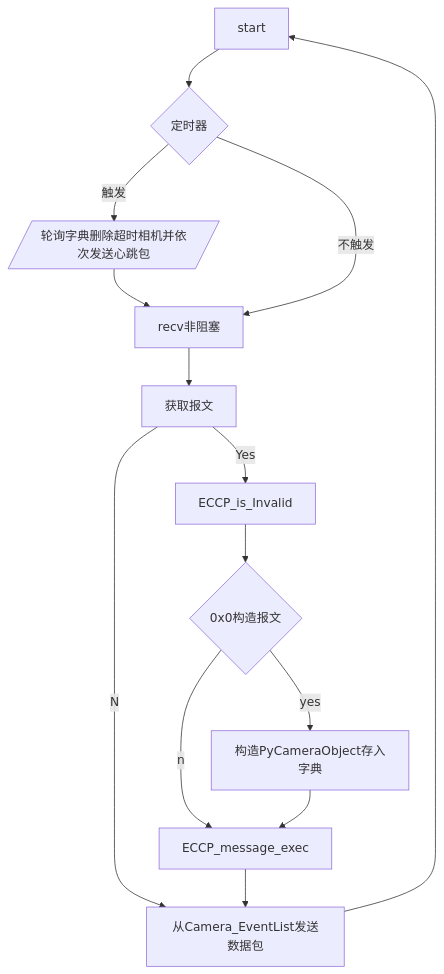
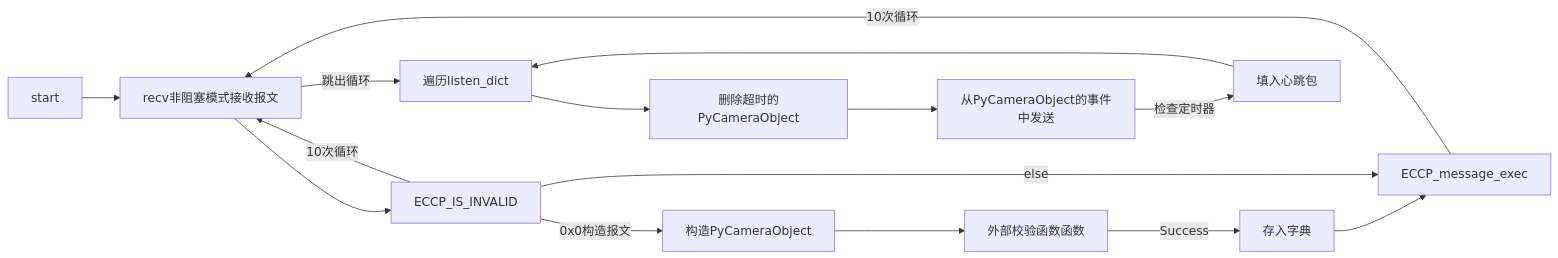
The second of 2 diagrams in 基于UDP的相机控制协议.md (brick5322/pyeccp), drawn with Mermaid before and after one commit. The commit also changed other lines of this file and 8 other files, not shown here.

````diff
--- a/基于UDP的相机控制协议.md
+++ b/基于UDP的相机控制协议.md
@@ -206,16 +206,18 @@
 ```mermaid
-graph TB;
-	start-->if1{定时器};
-	if1--触发-->心跳包[/轮询字典删除超时相机并依次发送心跳包/];
-	心跳包-->recv非阻塞;
-	if1--不触发-->recv非阻塞;
-	recv非阻塞-->获取报文;
-	获取报文--Yes-->ECCP_is_Invalid;
-	ECCP_is_Invalid-->0x1{0x0构造报文};
-	0x1--no-->ECCP_message_exec;
-	0x1--yes-->构造PyCameraObject存入字典;
-	构造PyCameraObject存入字典-->ECCP_message_exec;
-	获取报文--No-->从Camera_EventList发送数据包;
-	ECCP_message_exec-->从Camera_EventList发送数据包;
-	从Camera_EventList发送数据包-->start;
+graph LR;
+	start-->recv非阻塞模式接收报文
+	-->ECCP_IS_INVALID
+	--0x0构造报文-->构造PyCameraObject
+	-->外部校验函数函数
+	--Success-->存入字典
+	-->ECCP_message_exec
+	--10次循环-->recv非阻塞模式接收报文;
+	ECCP_IS_INVALID--else-->ECCP_message_exec;
+	ECCP_IS_INVALID--10次循环-->recv非阻塞模式接收报文;
+	recv非阻塞模式接收报文
+	--跳出循环-->遍历listen_dict
+	-->删除超时的PyCameraObject
+	-->从PyCameraObject的事件中发送
+	--检查定时器-->填入心跳包
+	-->遍历listen_dict
 ```
````
